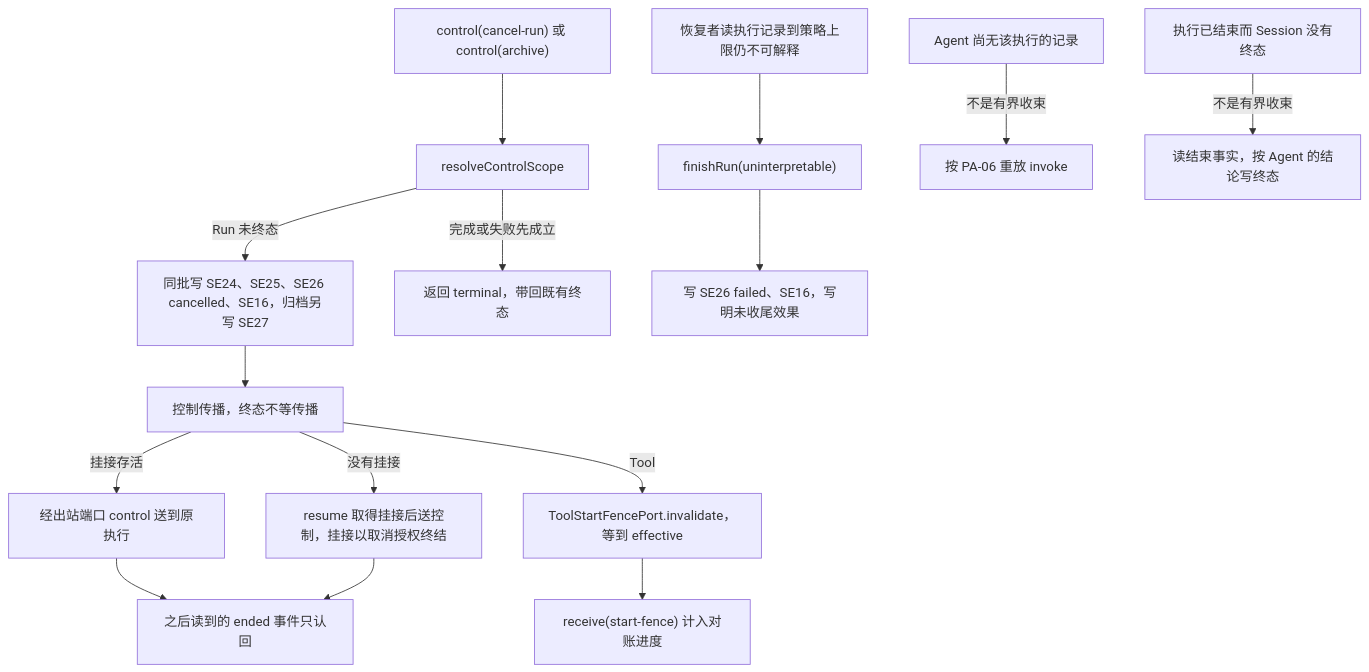
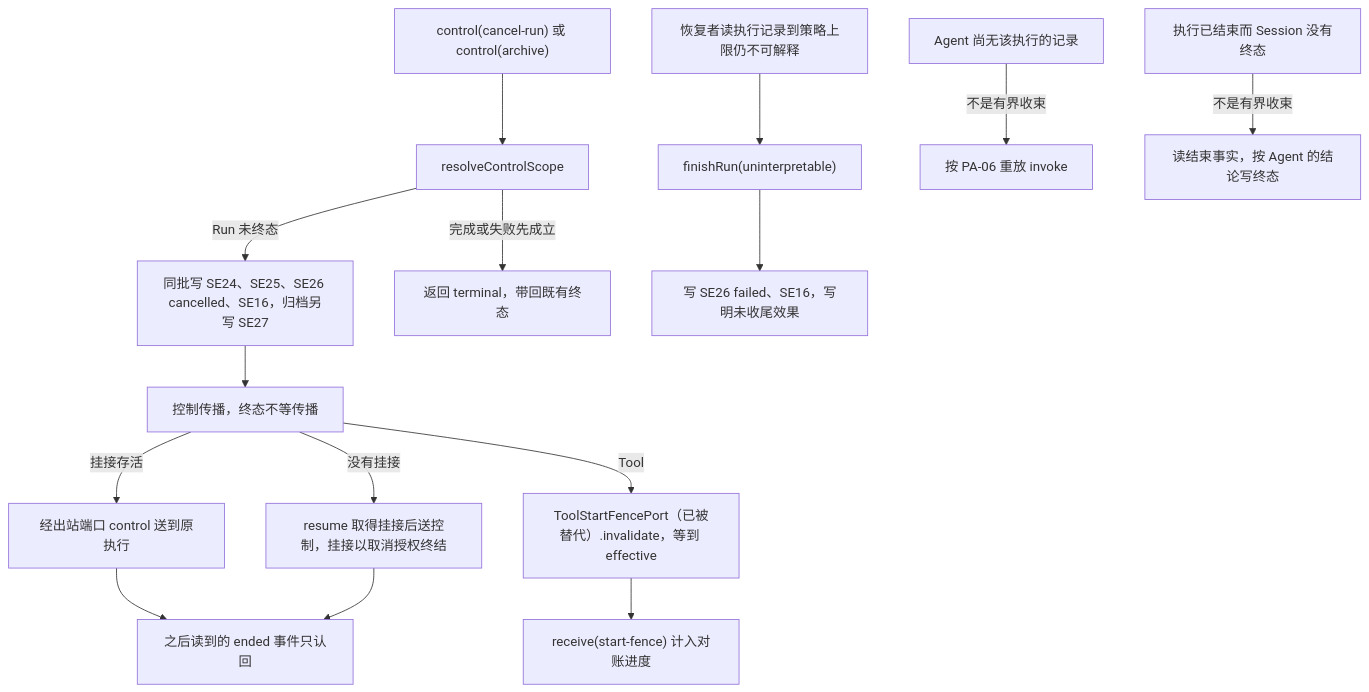
One commit to nemori-ai/omne-harness-lite changed the ninth of 17 diagrams in packages/session/session-contract/docs/flows/scenarios.md. Above: the diagram before and after it, drawn with Mermaid. The commit also changed other lines of this file and 22 other files, not shown here.

````diff
--- a/packages/session/session-contract/docs/flows/scenarios.md
+++ b/packages/session/session-contract/docs/flows/scenarios.md
@@ -405,17 +405,17 @@
 ```mermaid
 flowchart TD
     C["control(cancel-run) 或 control(archive)"] --> R["resolveControlScope"]
     R -->|Run 未终态| W["同批写 SE24、SE25、SE26 cancelled、SE16，归档另写 SE27"]
     R -->|完成或失败先成立| T["返回 terminal，带回既有终态"]
     W --> P["控制传播，终态不等传播"]
     P -->|挂接存活| P1["经出站端口 control 送到原执行"]
     P -->|没有挂接| P2["resume 取得挂接后送控制，挂接以取消授权终结"]
-    P -->|Tool| P3["ToolStartFencePort.invalidate，等到 effective"]
+    P -->|Tool| P3["ToolStartFencePort（已被替代）.invalidate，等到 effective"]
     P1 --> E["之后读到的 ended 事件只认回"]
     P2 --> E
     P3 --> Q["receive(start-fence) 计入对账进度"]
     B["恢复者读执行记录到策略上限仍不可解释"] --> F["finishRun(uninterpretable)"]
     F --> G["写 SE26 failed、SE16，写明未收尾效果"]
     N["Agent 尚无该执行的记录"] -->|不是有界收束| M["按 PA-06 重放 invoke"]
     X["执行已结束而 Session 没有终态"] -->|不是有界收束| Y["读结束事实，按 Agent 的结论写终态"]
 ```
````
